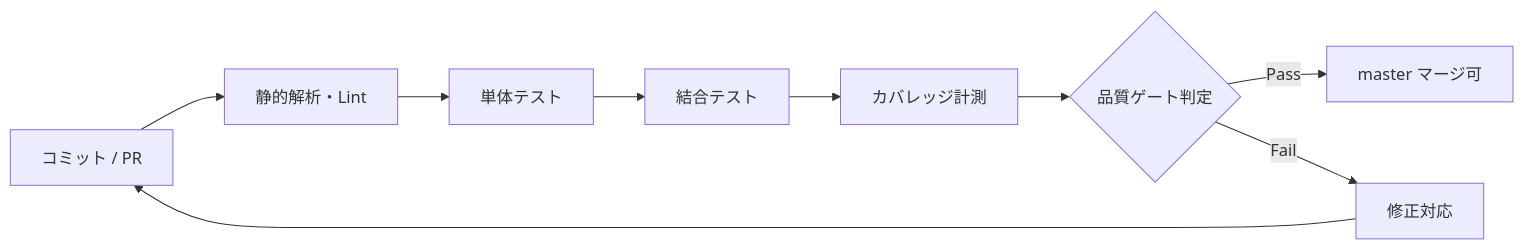
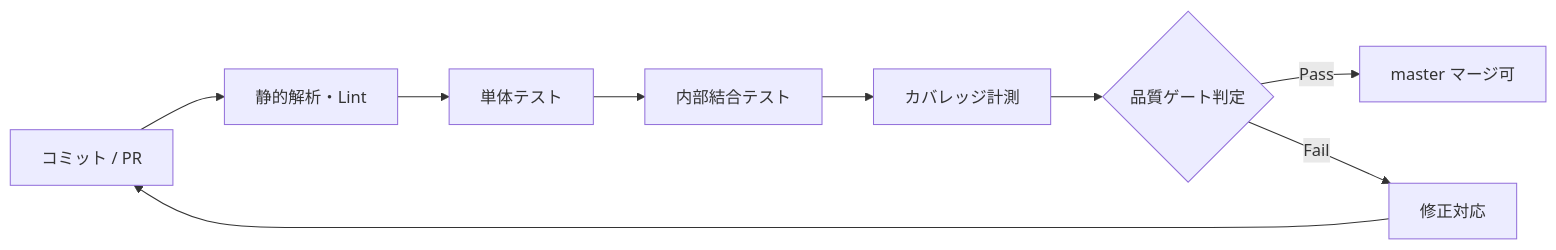
One commit to BossApe/lo-vibe changed the second of 3 diagrams in _document/002.要件定義フェーズ/003.品質管理計画/003-01.品質管理計画書.md. Above: the diagram before and after it, drawn with Mermaid. The commit also changed other lines of this file and 15 other files, not shown here.

````diff
--- a/_document/002.要件定義フェーズ/003.品質管理計画/003-01.品質管理計画書.md
+++ b/_document/002.要件定義フェーズ/003.品質管理計画/003-01.品質管理計画書.md
@@ -77,11 +77,11 @@
 ```mermaid
 flowchart LR
     Commit[コミット / PR] --> Lint[静的解析・Lint]
     Lint --> Unit[単体テスト]
-    Unit --> Integration[結合テスト]
+    Unit --> Integration[内部結合テスト]
     Integration --> Coverage[カバレッジ計測]
     Coverage --> Gate{品質ゲート判定}
     Gate -- Pass --> Merge[master マージ可]
     Gate -- Fail --> Fix[修正対応]
     Fix --> Commit
 ```
````
